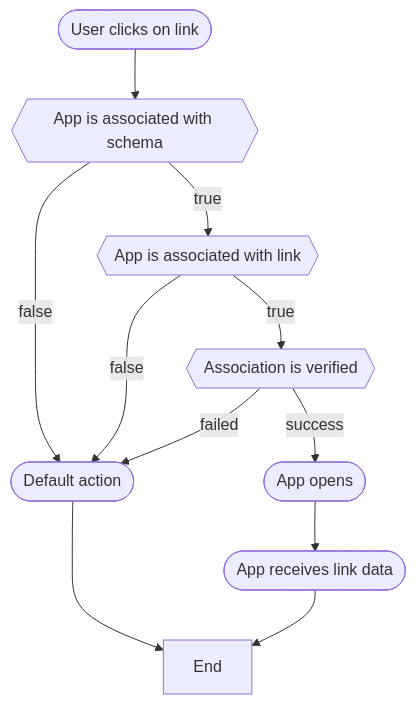
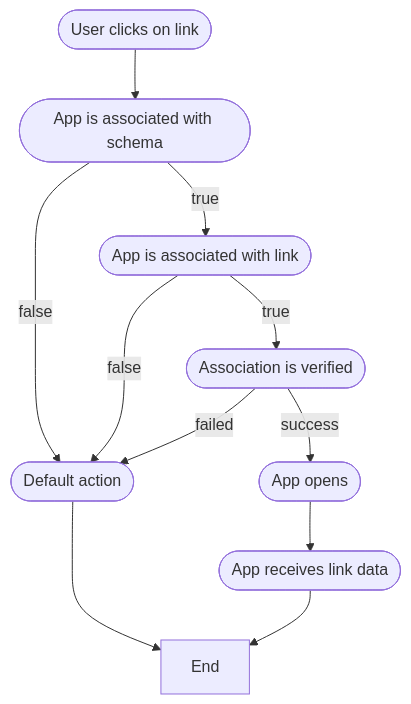
One commit to chagemann/my-blog changed the diagram in _posts/2024-06-19-Configuring-verifiable-links.markdown. Above: the diagram before and after it, drawn with Mermaid.

Commit message:
Update flow chart

````diff
--- a/_posts/2024-06-19-Configuring-verifiable-links.markdown
+++ b/_posts/2024-06-19-Configuring-verifiable-links.markdown
@@ -43,14 +43,14 @@
 ```mermaid
 flowchart TB
     start([User clicks on link]) --> 
-    step1{{App is associated with schema}}
-    step1 -->|true| step2{{App is associated with link}}
+    step1([App is associated with schema])
+    step1 -->|true| step2([App is associated with link])
     step1 -->|false| step3([Default action])
     step3 --> End
-    step2 -->|true| step4{{Association is verified}}
+    step2 -->|true| step4([Association is verified])
     step2 -->|false| step3
     step4 -->|success| step5([App opens])
     step4 -->|failed| step3
     step5 --> step6([App receives link data])
     step6 --> End
 ```
````
